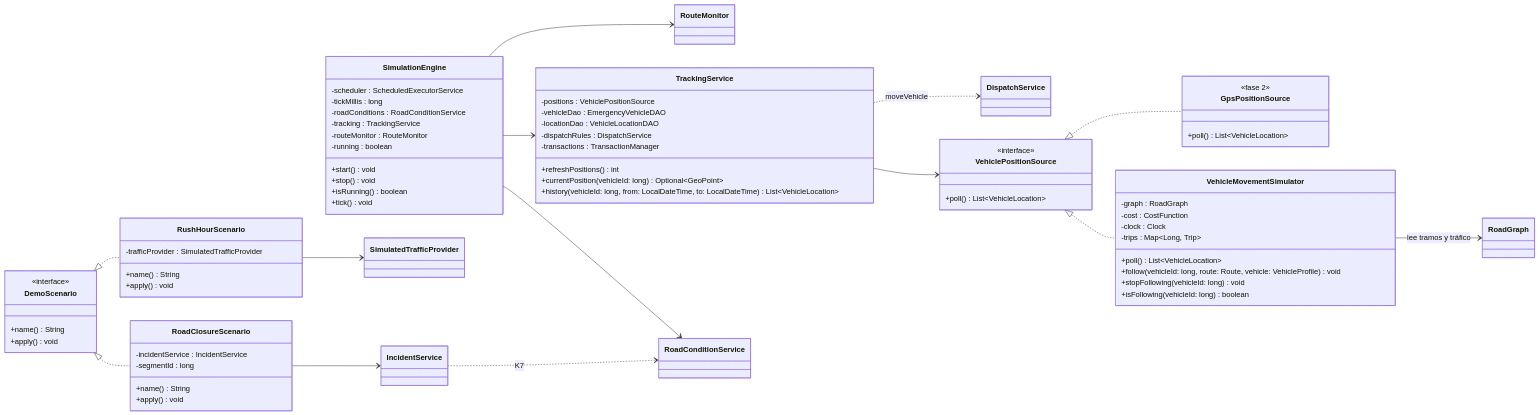
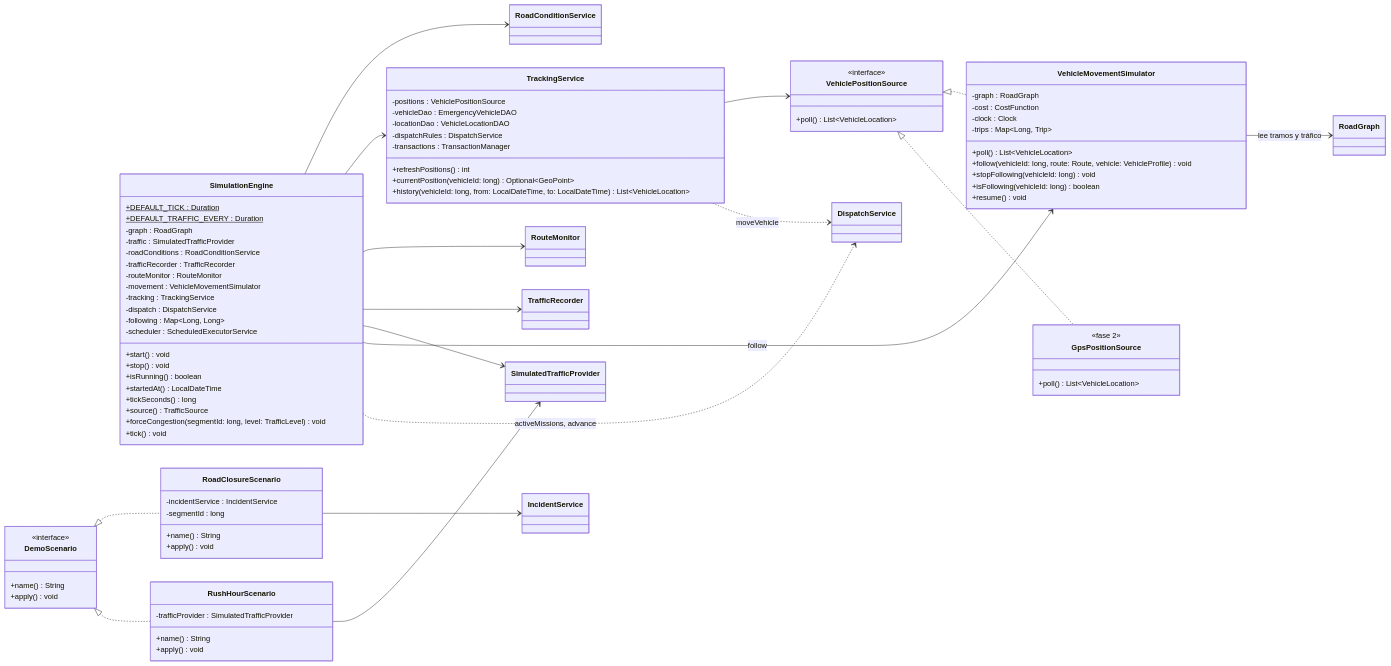
One commit to afzabaleta/RutaVida changed diagram 19 of 26 in docs/class-diagram.md. Above: the diagram before and after it, drawn with Mermaid. The commit also changed other lines of this file and 11 other files, not shown here.

First line of the commit message:
feature: add-simulation-engine

```diff
--- a/docs/class-diagram.md
+++ b/docs/class-diagram.md
@@ -1879,15 +1898,25 @@
     direction LR
 
     class SimulationEngine {
+        +DEFAULT_TICK : Duration$
+        +DEFAULT_TRAFFIC_EVERY : Duration$
+        -graph : RoadGraph
+        -traffic : SimulatedTrafficProvider
+        -roadConditions : RoadConditionService
+        -trafficRecorder : TrafficRecorder
+        -routeMonitor : RouteMonitor
+        -movement : VehicleMovementSimulator
+        -tracking : TrackingService
+        -dispatch : DispatchService
+        -following : Map~Long, Long~
         -scheduler : ScheduledExecutorService
-        -tickMillis : long
-        -roadConditions : RoadConditionService
-        -tracking : TrackingService
-        -routeMonitor : RouteMonitor
-        -running : boolean
         +start() void
         +stop() void
         +isRunning() boolean
+        +startedAt() LocalDateTime
+        +tickSeconds() long
+        +source() TrafficSource
+        +forceCongestion(segmentId: long, level: TrafficLevel) void
         +tick() void
     }
     class TrackingService {
@@ -1913,6 +1942,7 @@
         +follow(vehicleId: long, route: Route, vehicle: VehicleProfile) void
         +stopFollowing(vehicleId: long) void
         +isFollowing(vehicleId: long) boolean
+        +resume() void
     }
     class GpsPositionSource {
         <<fase 2>>
@@ -1940,16 +1970,20 @@
     class SimulatedTrafficProvider
     class RouteMonitor
     class DispatchService
+    class TrafficRecorder
 
     VehiclePositionSource <|.. VehicleMovementSimulator
     VehiclePositionSource <|.. GpsPositionSource
     DemoScenario <|.. RoadClosureScenario
     DemoScenario <|.. RushHourScenario
-    IncidentService ..> RoadConditionService : K7
     TrackingService --> VehiclePositionSource
     SimulationEngine --> RoadConditionService
     SimulationEngine --> TrackingService
     SimulationEngine --> RouteMonitor
+    SimulationEngine --> TrafficRecorder
+    SimulationEngine --> SimulatedTrafficProvider
+    SimulationEngine --> VehicleMovementSimulator : follow
+    SimulationEngine ..> DispatchService : activeMissions, advance
     TrackingService ..> DispatchService : moveVehicle
     VehicleMovementSimulator --> RoadGraph : lee tramos y tráfico
     RoadClosureScenario --> IncidentService
```
